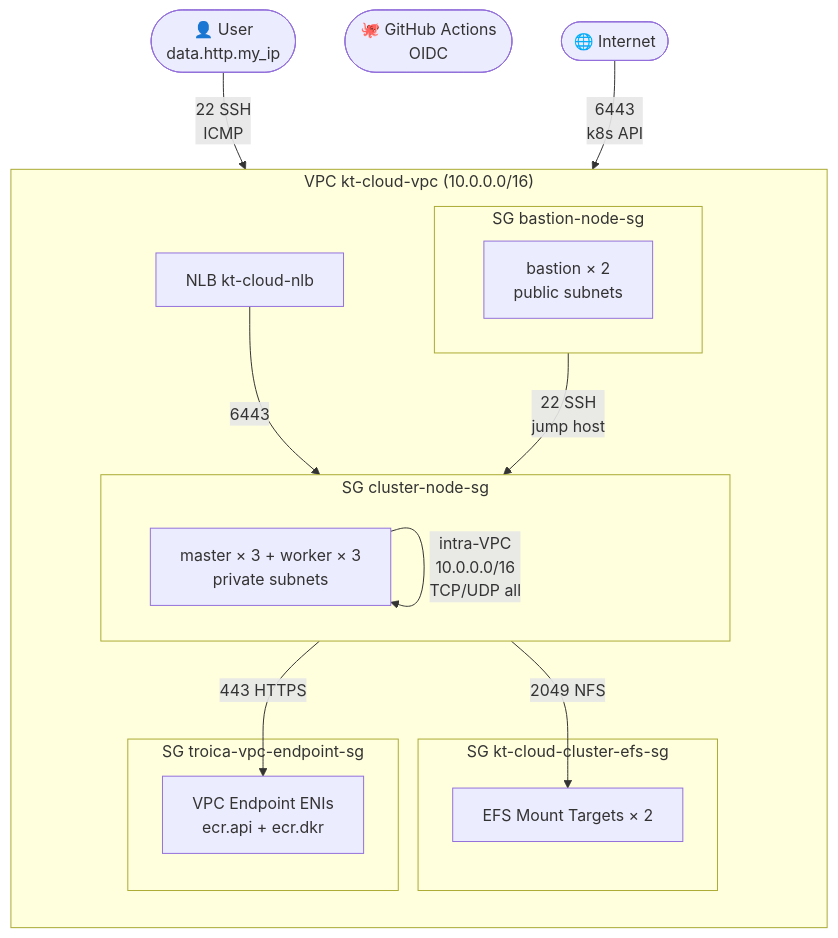
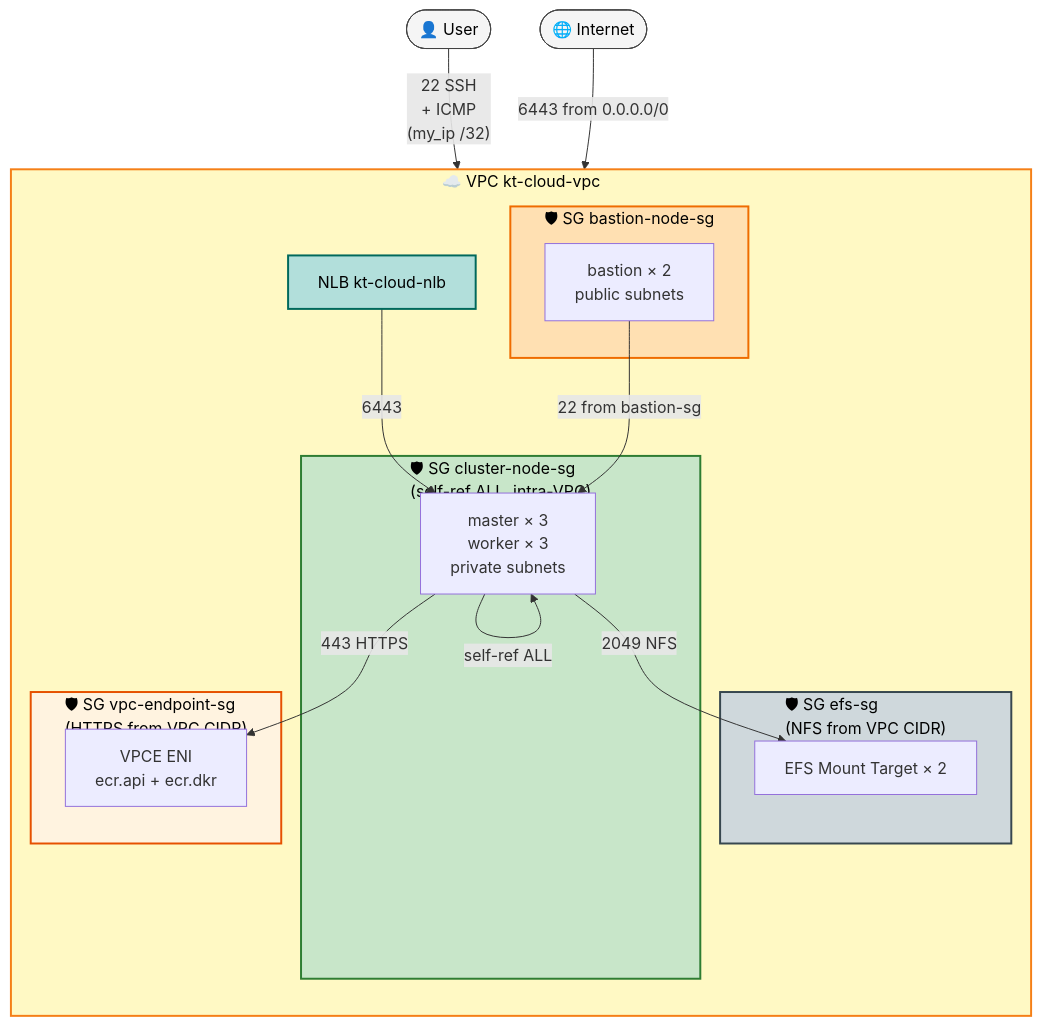
One commit to KTCloud-CloudNative-Troica-Team/msa-argocd-manifest changed the third of 7 diagrams in docs/images/AWS-architecture.md. Above: the diagram before and after it, drawn with Mermaid. The commit also changed other lines of this file, not shown here.

First line of the commit message:
docs(images): AWS architecture 다이어그램 색감/레이아웃 보완 + 파싱 에러 fix

````diff
--- a/docs/images/AWS-architecture.md
+++ b/docs/images/AWS-architecture.md
@@ -162,39 +191,51 @@
 ```mermaid
 flowchart TB
-  User([👤 User<br>data.http.my_ip])
-  GitHub([🐙 GitHub Actions<br>OIDC])
+  User([👤 User])
   Internet([🌐 Internet])
 
-  subgraph VPC["VPC kt-cloud-vpc (10.0.0.0/16)"]
+  subgraph VPC["☁️ VPC kt-cloud-vpc"]
     direction TB
 
-    subgraph SGBastion["SG bastion-node-sg"]
-      direction LR
-      Bastion[bastion × 2<br>public subnets]
+    subgraph SGBastion["🛡 SG bastion-node-sg"]
+      Bastion["bastion × 2<br/>public subnets"]
     end
 
-    subgraph SGCluster["SG cluster-node-sg"]
-      direction LR
-      Cluster[master × 3 + worker × 3<br>private subnets]
+    subgraph SGCluster["🛡 SG cluster-node-sg<br/>(self-ref ALL, intra-VPC)"]
+      ClusterNodes["master × 3<br/>worker × 3<br/>private subnets"]
     end
 
-    subgraph SGEFS["SG kt-cloud-cluster-efs-sg"]
-      EFSMounts[EFS Mount Targets × 2]
+    subgraph SGEFS["🛡 SG efs-sg<br/>(NFS from VPC CIDR)"]
+      EFSMounts["EFS Mount Target × 2"]
     end
 
-    subgraph SGVPCE["SG troica-vpc-endpoint-sg"]
-      VPCEs[VPC Endpoint ENIs<br>ecr.api + ecr.dkr]
+    subgraph SGVPCE["🛡 SG vpc-endpoint-sg<br/>(HTTPS from VPC CIDR)"]
+      VPCEs["VPCE ENI<br/>ecr.api + ecr.dkr"]
     end
 
-    NLB[NLB kt-cloud-nlb]
+    NLB["NLB kt-cloud-nlb"]
   end
 
-  User -->|22 SSH<br>ICMP| Bastion
-  Internet -->|6443<br>k8s API| NLB
-  NLB -->|6443| Cluster
+  User -->|"22 SSH<br/>+ ICMP<br/>(my_ip /32)"| Bastion
+  Internet -->|"6443 from 0.0.0.0/0"| NLB
+  NLB -->|"6443"| ClusterNodes
+  Bastion -->|"22 from bastion-sg"| ClusterNodes
+  ClusterNodes -->|"self-ref ALL"| ClusterNodes
+  ClusterNodes -->|"2049 NFS"| EFSMounts
+  ClusterNodes -->|"443 HTTPS"| VPCEs
 
-  Bastion -->|22 SSH<br>jump host| Cluster
-  Cluster -->|intra-VPC<br>10.0.0.0/16<br>TCP/UDP all| Cluster
-  Cluster -->|2049 NFS| EFSMounts
-  Cluster -->|443 HTTPS| VPCEs
+  classDef vpc fill:#fff9c4,stroke:#f57f17,stroke-width:2px,color:#000
+  classDef sgBastion fill:#ffe0b2,stroke:#ef6c00,stroke-width:2px,color:#000
+  classDef sgCluster fill:#c8e6c9,stroke:#2e7d32,stroke-width:2px,color:#000
+  classDef sgEFS fill:#cfd8dc,stroke:#37474f,stroke-width:2px,color:#000
+  classDef sgVPCE fill:#fff3e0,stroke:#e65100,stroke-width:2px,color:#000
+  classDef nlb fill:#b2dfdb,stroke:#00695c,stroke-width:2px,color:#000
+  classDef ext fill:#f5f5f5,stroke:#424242,color:#000
+
+  class VPC vpc
+  class SGBastion sgBastion
+  class SGCluster sgCluster
+  class SGEFS sgEFS
+  class SGVPCE sgVPCE
+  class NLB nlb
+  class User,Internet ext
 ```
````
